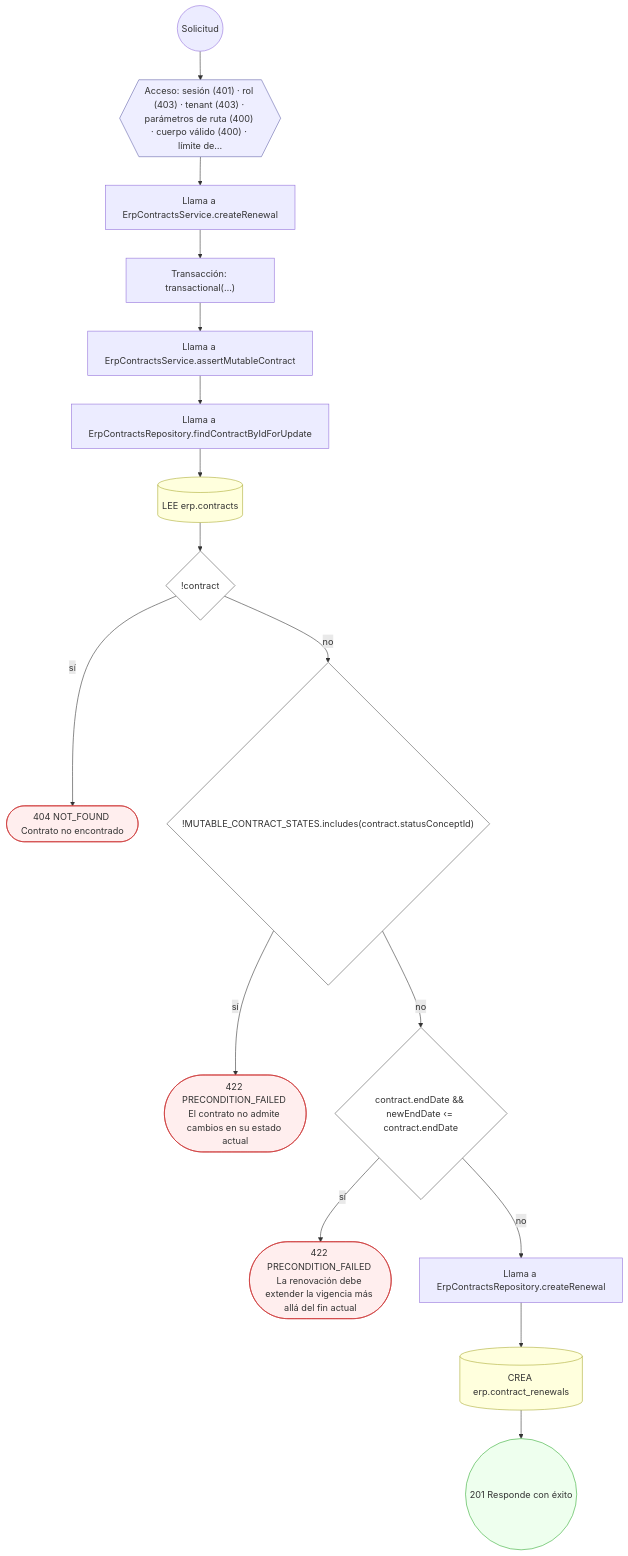
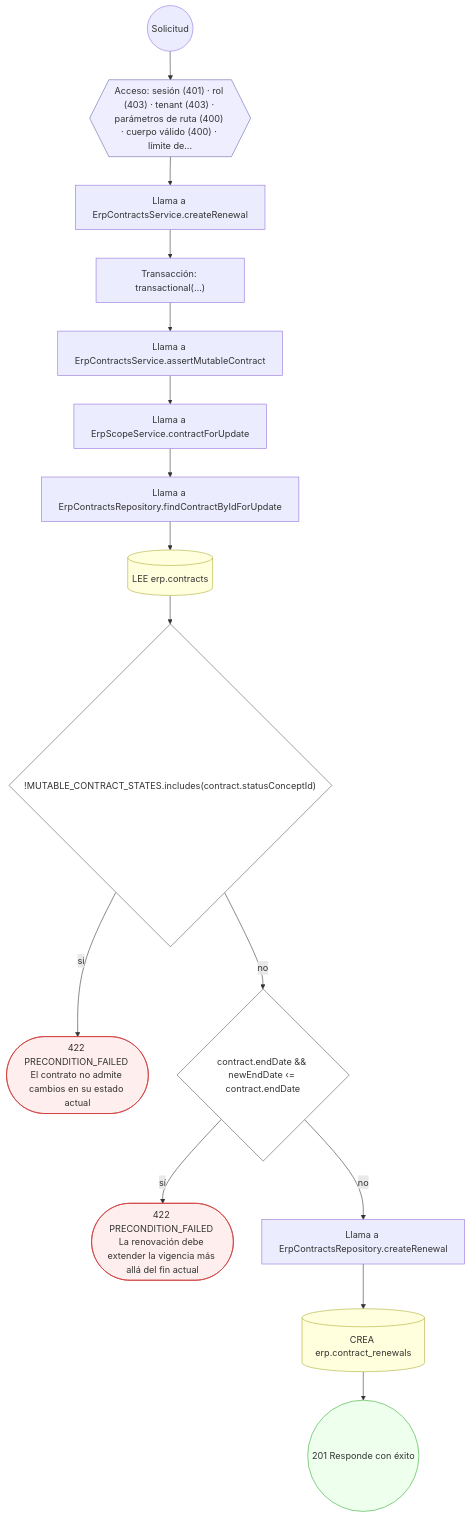
One commit to mdavila-2001/mantra-core-health-api changed the ninth of 16 diagrams in docs/inventario/flujos/erp.md. Above: the diagram before and after it, drawn with Mermaid. The commit also changed other lines of this file and 438 other files, not shown here.

````diff
--- a/docs/inventario/flujos/erp.md
+++ b/docs/inventario/flujos/erp.md
@@ -614,40 +642,38 @@
 ```mermaid
 flowchart TD
   n1(("Solicitud")):::inicio
   n2{{"Acceso: sesión (401) · rol (403) · tenant (403) · parámetros de ruta (400) · cuerpo válido (400) · límite de…"}}:::acceso
   n1 --> n2
   n3["Llama a ErpContractsService.createRenewal"]:::llamada
   n2 --> n3
   n4["Transacción: transactional(…)"]:::transaccion
   n3 --> n4
   n5["Llama a ErpContractsService.assertMutableContract"]:::llamada
   n4 --> n5
-  n6["Llama a ErpContractsRepository.findContractByIdForUpdate"]:::llamada
+  n6["Llama a ErpScopeService.contractForUpdate"]:::llamada
   n5 --> n6
-  n7[("LEE erp.contracts")]:::efecto
+  n7["Llama a ErpContractsRepository.findContractByIdForUpdate"]:::llamada
   n6 --> n7
-  n8{"!contract"}:::decision
+  n8[("LEE erp.contracts")]:::efecto
   n7 --> n8
-  n9(["404 NOT_FOUND Contrato no encontrado"]):::error
-  n8 -->|"sí"| n9
-  n10{"!MUTABLE_CONTRACT_STATES.includes(contract.statusConceptId)"}:::decision
-  n8 -->|"no"| n10
-  n11(["422 PRECONDITION_FAILED El contrato no admite cambios en su estado actual"]):::error
-  n10 -->|"sí"| n11
-  n12{"contract.endDate && newEndDate ‹= contract.endDate"}:::decision
-  n10 -->|"no"| n12
-  n13(["422 PRECONDITION_FAILED La renovación debe extender la vigencia más allá del fin actual"]):::error
-  n12 -->|"sí"| n13
-  n14["Llama a ErpContractsRepository.createRenewal"]:::llamada
-  n12 -->|"no"| n14
-  n15[("CREA erp.contract_renewals")]:::efecto
+  n9{"!MUTABLE_CONTRACT_STATES.includes(contract.statusConceptId)"}:::decision
+  n8 --> n9
+  n10(["422 PRECONDITION_FAILED El contrato no admite cambios en su estado actual"]):::error
+  n9 -->|"sí"| n10
+  n11{"contract.endDate && newEndDate ‹= contract.endDate"}:::decision
+  n9 -->|"no"| n11
+  n12(["422 PRECONDITION_FAILED La renovación debe extender la vigencia más allá del fin actual"]):::error
+  n11 -->|"sí"| n12
+  n13["Llama a ErpContractsRepository.createRenewal"]:::llamada
+  n11 -->|"no"| n13
+  n14[("CREA erp.contract_renewals")]:::efecto
+  n13 --> n14
+  n15(("201 Responde con éxito")):::ok
   n14 --> n15
-  n16(("201 Responde con éxito")):::ok
-  n15 --> n16
   classDef acceso fill:#eef,stroke:#66a
   classDef error fill:#fee,stroke:#c33
   classDef ok fill:#efe,stroke:#3a3
   classDef efecto fill:#ffd,stroke:#aa3
   classDef decision fill:#fff,stroke:#555
   classDef corte fill:#eee,stroke:#999,stroke-dasharray: 4
 ```
````
